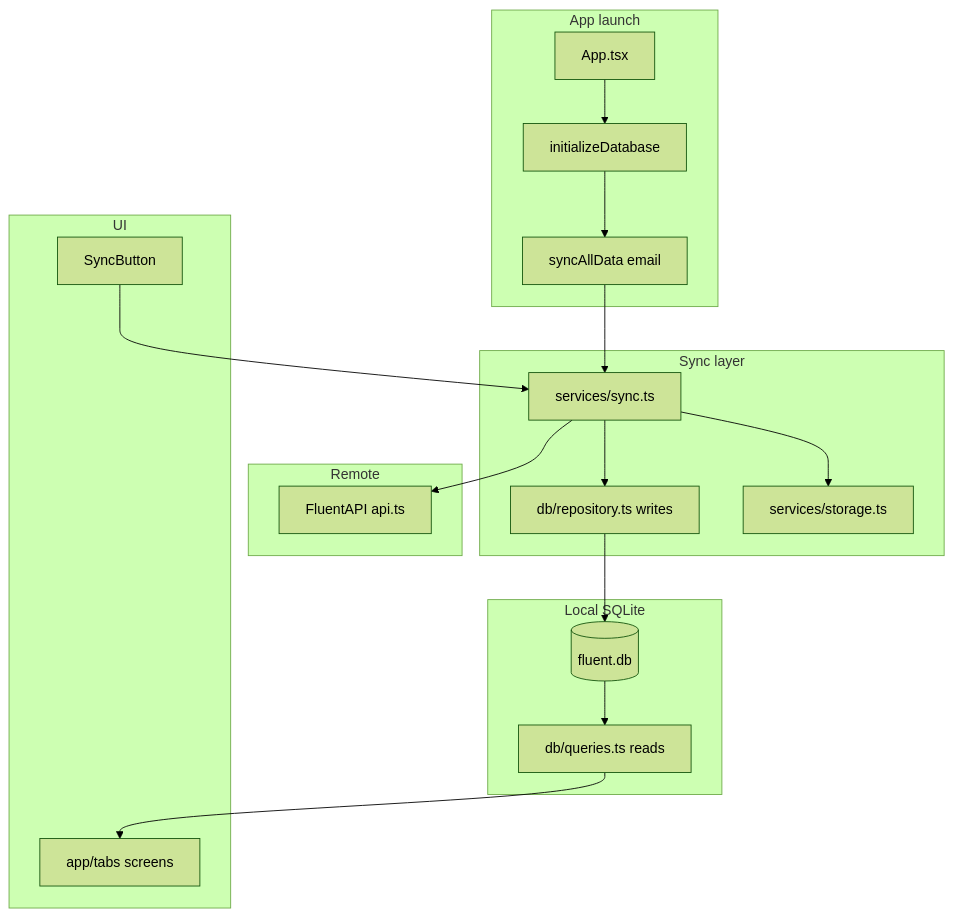
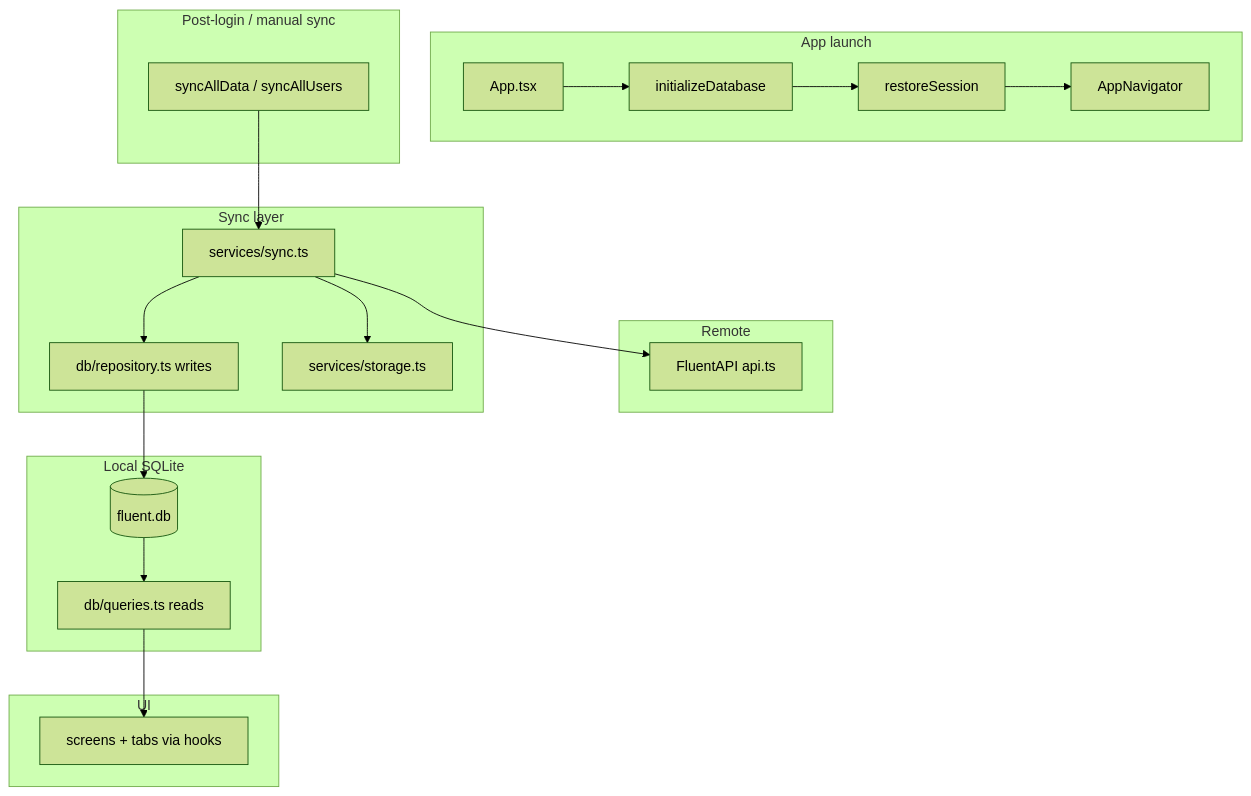
The diagram in docs/AGENT_ONBOARDING.md (eten-tech-foundation/fluent-mobile), drawn with Mermaid (forest theme) before and after one commit. The commit also changed other lines of this file and 3 other files, not shown here.

````diff
--- a/docs/AGENT_ONBOARDING.md
+++ b/docs/AGENT_ONBOARDING.md
@@ -118,34 +121,38 @@
 ```mermaid
 flowchart TD
   subgraph launch [App launch]
     App[App.tsx]
     InitDB[initializeDatabase]
-    SyncAll[syncAllData email]
-    App --> InitDB --> SyncAll
+    Restore[restoreSession]
+    Nav[AppNavigator]
+    App --> InitDB --> Restore --> Nav
+  end
+
+  subgraph postLogin [Post-login / manual sync]
+    SyncAll[syncAllData / syncAllUsers]
   end
 
   subgraph remote [Remote]
     API[FluentAPI api.ts]
   end
 
   subgraph sync [Sync layer]
     SyncSvc[services/sync.ts]
     SyncAll --> SyncSvc
     SyncSvc --> API
     SyncSvc --> Repo[db/repository.ts writes]
     SyncSvc --> KV[services/storage.ts]
   end
 
   subgraph local [Local SQLite]
     DB[(fluent.db)]
     Repo --> DB
     Queries[db/queries.ts reads]
     DB --> Queries
   end
 
   subgraph ui [UI]
-    Screens[app/tabs screens]
+    Screens[screens + tabs via hooks]
     Queries --> Screens
-    SyncBtn[SyncButton] --> SyncSvc
   end
 ```
````
